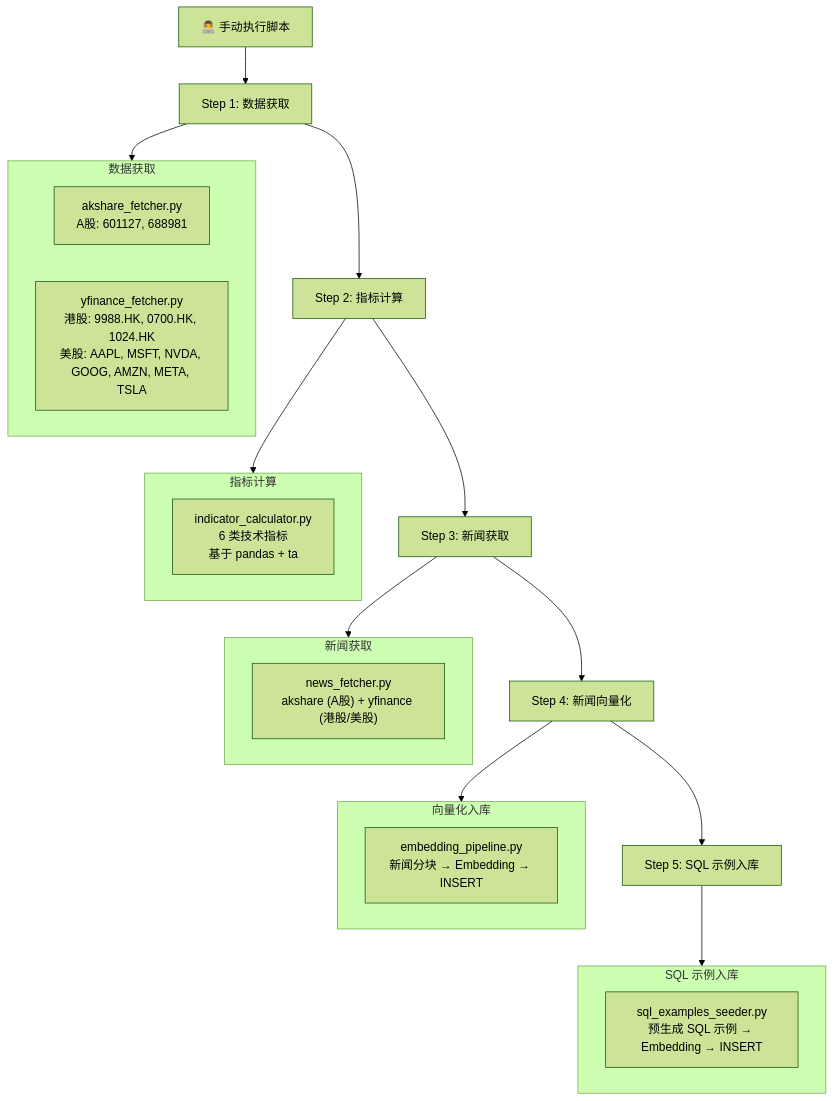
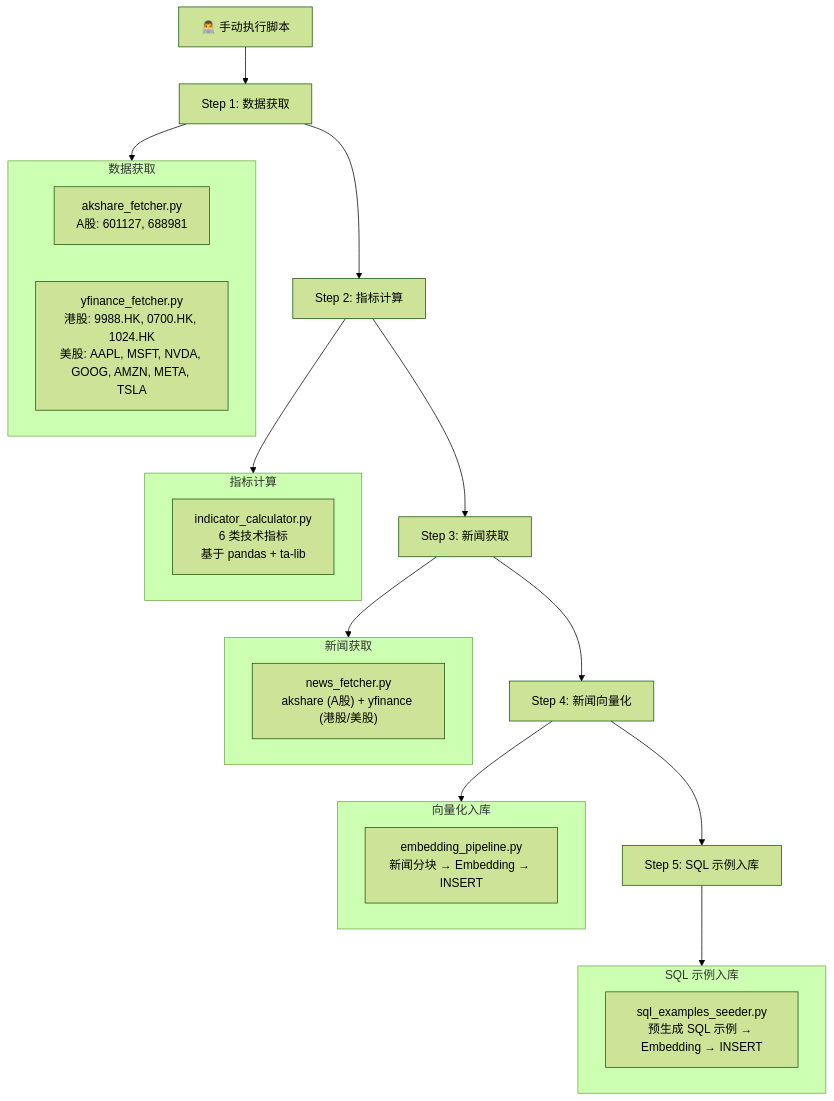
The second of 4 diagrams in docs/technical_design.md (cherryni2022/stock_ai_agent), drawn with Mermaid (forest theme) before and after one commit. The commit also changed other lines of this file and 3 other files, not shown here.

Commit message:
fix architecture and tech design doc

````diff
--- a/docs/technical_design.md
+++ b/docs/technical_design.md
@@ -1592,35 +1670,35 @@
 ```mermaid
 flowchart TD
     MANUAL["👨‍💻 手动执行脚本"] --> FETCH["Step 1: 数据获取"]
     FETCH --> CALC["Step 2: 指标计算"]
     CALC --> NEWS["Step 3: 新闻获取"]
     NEWS --> EMB["Step 4: 新闻向量化"]
     EMB --> SQL_SEED["Step 5: SQL 示例入库"]
     
     subgraph FETCH_DETAIL["数据获取"]
         AK["akshare_fetcher.py<br/>A股: 601127, 688981"]
         YF["yfinance_fetcher.py<br/>港股: 9988.HK, 0700.HK, 1024.HK<br/>美股: AAPL, MSFT, NVDA, GOOG, AMZN, META, TSLA"]
     end
     
     subgraph CALC_DETAIL["指标计算"]
-        IND["indicator_calculator.py<br/>6 类技术指标<br/>基于 pandas + ta"]
+        IND["indicator_calculator.py<br/>6 类技术指标<br/>基于 pandas + ta-lib"]
     end
     
     subgraph NEWS_DETAIL["新闻获取"]
         NF["news_fetcher.py<br/>akshare (A股) + yfinance (港股/美股)"]
     end
     
     subgraph EMB_DETAIL["向量化入库"]
         EP["embedding_pipeline.py<br/>新闻分块 → Embedding → INSERT"]
     end
     
     subgraph SQL_DETAIL["SQL 示例入库"]
         SS["sql_examples_seeder.py<br/>预生成 SQL 示例 → Embedding → INSERT"]
     end
     
     FETCH --> FETCH_DETAIL
     CALC --> CALC_DETAIL
     NEWS --> NEWS_DETAIL
     EMB --> EMB_DETAIL
     SQL_SEED --> SQL_DETAIL
 ```
````
